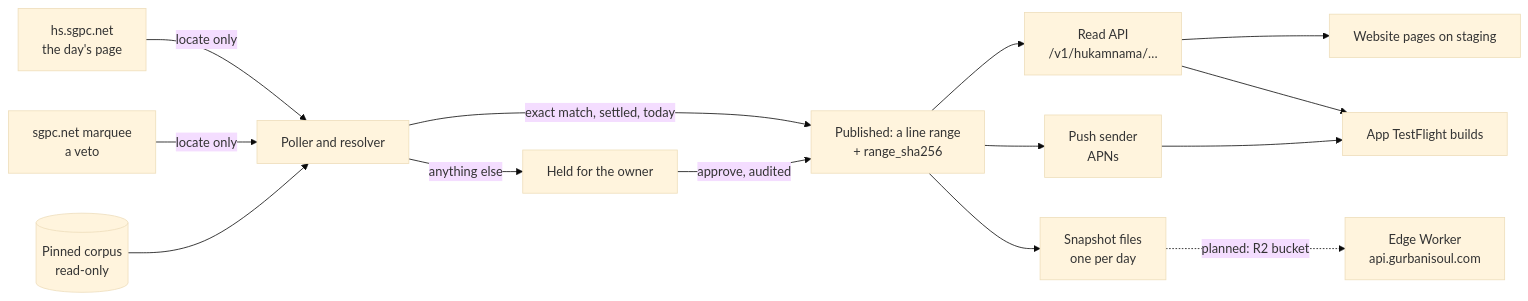
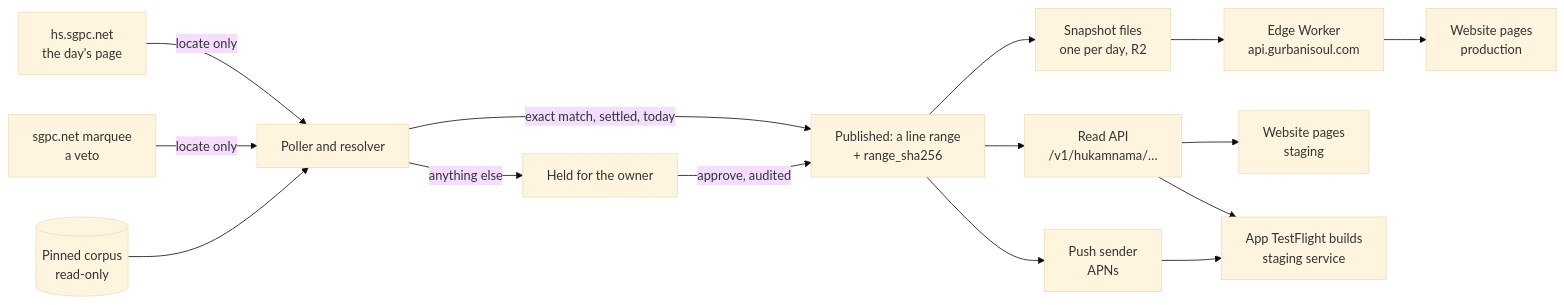
Before and after one commit to Algorythmos-AI/sggs-platform: the diagram in docs/architecture/hukamnama.md, drawn with Mermaid (base theme). The commit also changed other lines of this file and 8 other files, not shown here.

Commit message:
docs(wiki): re-read the architecture, API and Hukamnama pages against the code; narrow serve.py coverage

````diff
--- a/docs/architecture/hukamnama.md
+++ b/docs/architecture/hukamnama.md
@@ -45,18 +52,19 @@
 ```mermaid
 flowchart LR
     accTitle: The Hukamnama service and its readers
-    accDescr: The poller reads hs.sgpc.net and the sgpc.net Mukhwak marquee only to locate the day's shabad. The resolver matches it against the pinned corpus and either publishes a line range or holds the day for the owner. Published days are read by the app, the website and the push sender, and are written as snapshot files that an edge Worker is planned to serve as the public API.
+    accDescr: The poller reads hs.sgpc.net and the sgpc.net Mukhwak marquee only to locate the day's shabad. The resolver matches it against the pinned corpus and either publishes a line range or holds the day for the owner. Published days are served by the service's read API and the push sender, and written as snapshot files to an R2 bucket that the edge Worker serves as the public API at api.gurbanisoul.com. Production website pages read the Worker; staging pages and TestFlight builds read the staging service.
     hs[hs.sgpc.net<br/>the day's page] -->|locate only| poll[Poller and resolver]
     mk[sgpc.net marquee<br/>a veto] -->|locate only| poll
     db[(Pinned corpus<br/>read-only)] --> poll
     poll -->|exact match, settled, today| pub[Published: a line range<br/>+ range_sha256]
     poll -->|anything else| held[Held for the owner]
     held -->|approve, audited| pub
     pub --> api[Read API<br/>/v1/hukamnama/…]
     pub --> push[Push sender<br/>APNs]
-    pub --> snap[Snapshot files<br/>one per day]
-    snap -.->|planned: R2 bucket| edge[Edge Worker<br/>api.gurbanisoul.com]
-    api --> web[Website pages on staging]
-    api --> app[App TestFlight builds]
+    pub --> snap[Snapshot files<br/>one per day, R2]
+    snap --> edge[Edge Worker<br/>api.gurbanisoul.com]
+    edge --> web[Website pages<br/>production]
+    api --> stweb[Website pages<br/>staging]
+    api --> app[App TestFlight builds<br/>staging service]
     push --> app
 ```
````
